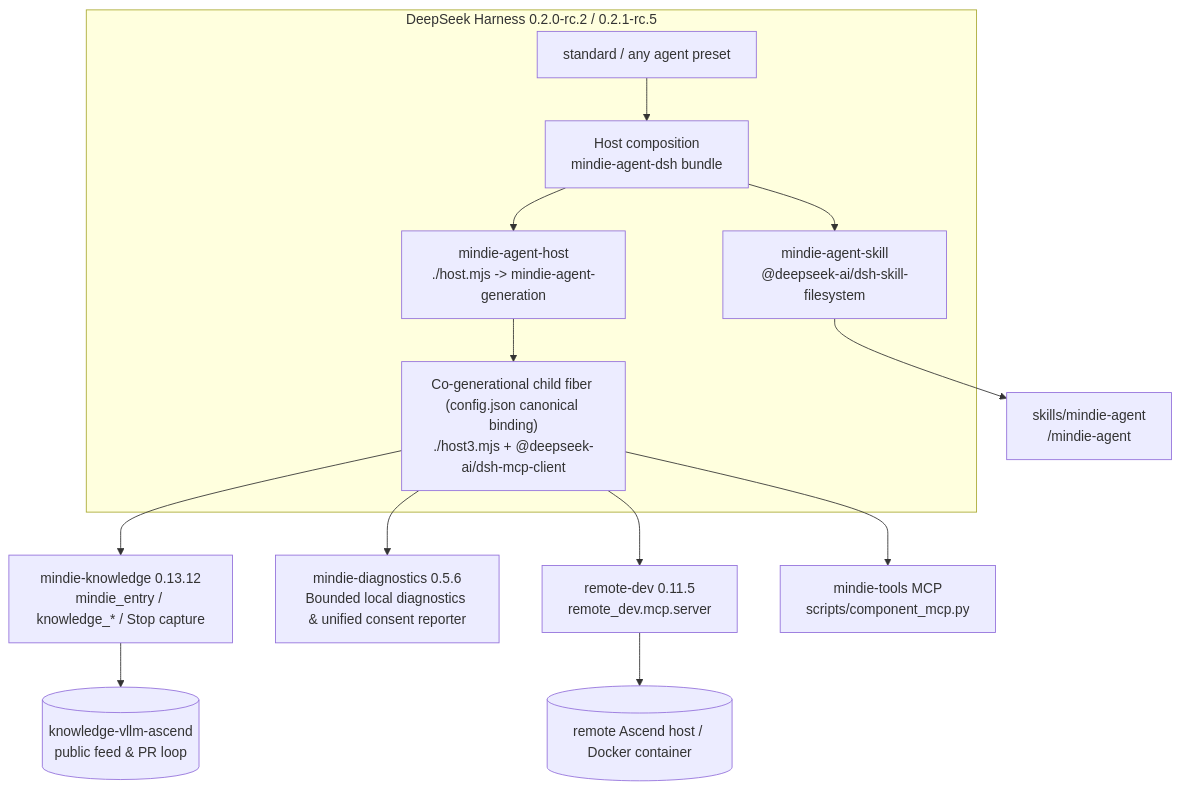
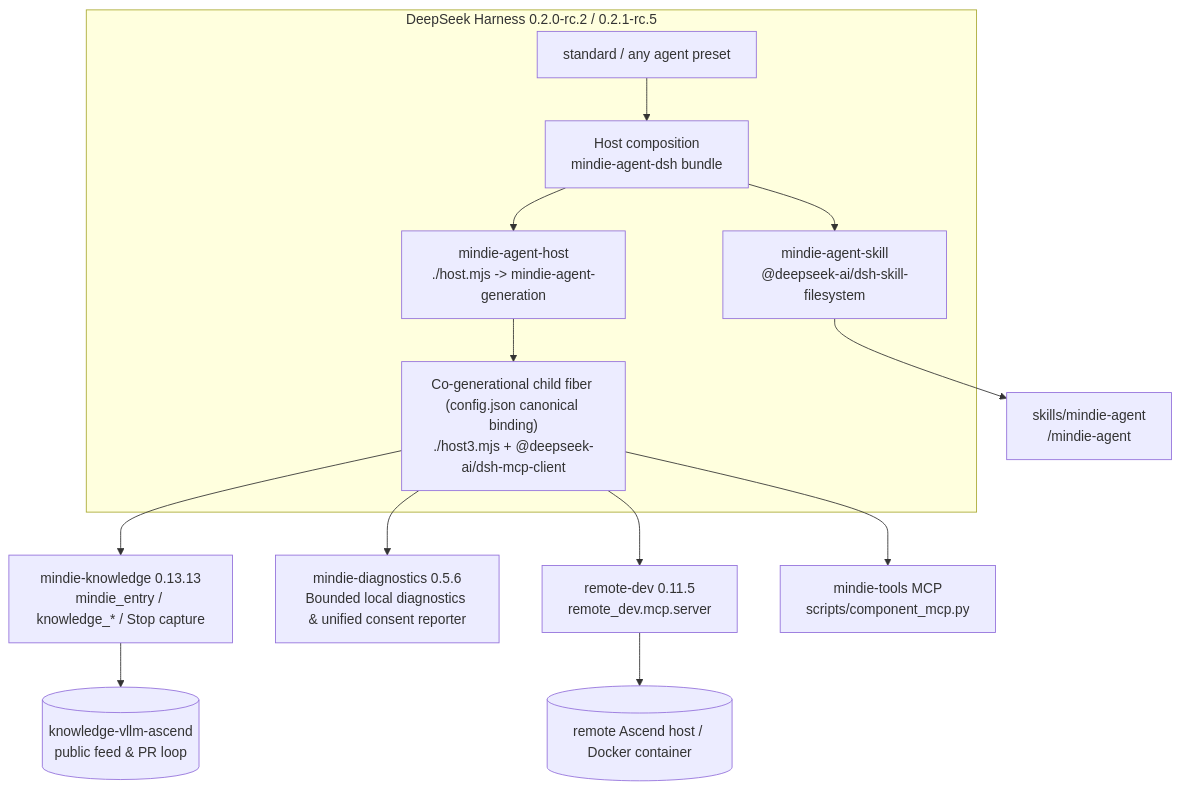
Before and after one commit to mindie-agent/mindie-agent-dsh: the diagram in README.en.md, drawn with Mermaid. The commit also changed other lines of this file and 8 other files, not shown here.

Commit message:
chore(release): pin mindie-knowledge 0.13.13 (1f0c889) in mindie-agent-dsh 0.1.16

````diff
--- a/README.en.md
+++ b/README.en.md
@@ -155,21 +155,21 @@
 ```mermaid
 flowchart TB
   subgraph DSH["DeepSeek Harness 0.2.0-rc.2 / 0.2.1-rc.5"]
     HOST["Host composition<br/>mindie-agent-dsh bundle"]
     STD["standard / any agent preset"]
     SKILL["mindie-agent-skill<br/>@deepseek-ai/dsh-skill-filesystem"]
     HPLUG["mindie-agent-host<br/>./host.mjs -> mindie-agent-generation"]
     GEN["Co-generational child fiber (config.json canonical binding)<br/>./host3.mjs + @deepseek-ai/dsh-mcp-client"]
     STD --> HOST
     HOST --> SKILL
     HOST --> HPLUG
     HPLUG --> GEN
   end
   SKILL --> SK["skills/mindie-agent<br/>/mindie-agent"]
-  GEN --> KS["mindie-knowledge 0.13.12<br/>mindie_entry / knowledge_* / Stop capture"]
+  GEN --> KS["mindie-knowledge 0.13.13<br/>mindie_entry / knowledge_* / Stop capture"]
   GEN --> DIAG["mindie-diagnostics 0.5.6<br/>Bounded local diagnostics & unified consent reporter"]
   KS --> FEED[("knowledge-vllm-ascend<br/>public feed & PR loop")]
   GEN --> RD["remote-dev 0.11.5<br/>remote_dev.mcp.server"]
   GEN --> MT["mindie-tools MCP<br/>scripts/component_mcp.py"]
   RD --> NPU[("remote Ascend host / Docker container")]
 ```
````
